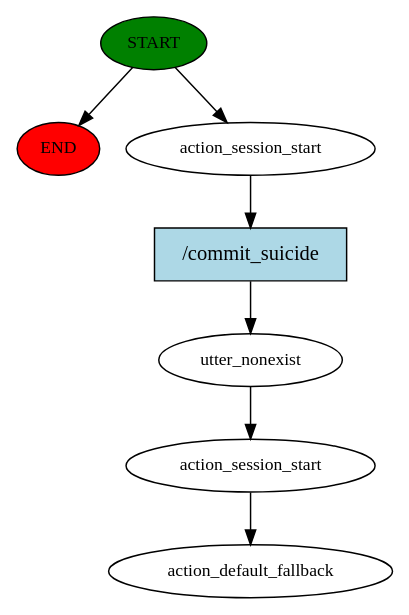
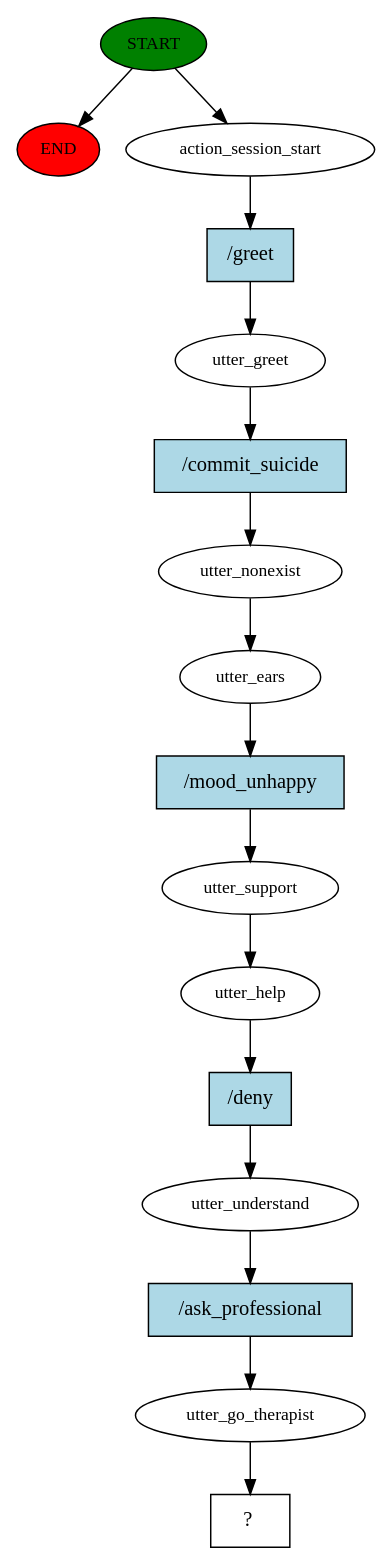
One commit to ashirvad-a-poojary/project-solus changed the diagram in chatbot-frame/story_graph.dot. Above: the diagram before and after it, drawn with Graphviz. The commit also changed 48 other files, not shown here.

```diff
--- a/chatbot-frame/story_graph.dot
+++ b/chatbot-frame/story_graph.dot
@@ -1,15 +1,33 @@
 digraph  {
 0 [class="start active", fillcolor=green, fontsize=12, label=START, style=filled];
 "-1" [class=end, fillcolor=red, fontsize=12, label=END, style=filled];
 1 [class=active, fontsize=12, label=action_session_start];
-2 [class=active, fontsize=12, label=utter_nonexist];
-3 [class=active, fontsize=12, label=action_session_start];
-4 [class="dashed active", fontsize=12, label=action_default_fallback];
-5 [class="intent active", fillcolor=lightblue, label="/commit_suicide", shape=rect, style=filled];
+2 [class=active, fontsize=12, label=utter_greet];
+3 [class=active, fontsize=12, label=utter_nonexist];
+4 [class=active, fontsize=12, label=utter_ears];
+5 [class=active, fontsize=12, label=utter_support];
+6 [class=active, fontsize=12, label=utter_help];
+7 [class=active, fontsize=12, label=utter_understand];
+8 [class=active, fontsize=12, label=utter_go_therapist];
+9 [class="intent dashed active", label="  ?  ", shape=rect];
+10 [class="intent active", fillcolor=lightblue, label="/greet", shape=rect, style=filled];
+11 [class="intent active", fillcolor=lightblue, label="/commit_suicide", shape=rect, style=filled];
+12 [class="intent active", fillcolor=lightblue, label="/mood_unhappy", shape=rect, style=filled];
+13 [class="intent active", fillcolor=lightblue, label="/deny", shape=rect, style=filled];
+14 [class="intent active", fillcolor=lightblue, label="/ask_professional", shape=rect, style=filled];
 0 -> "-1"  [class="", key=NONE, label=""];
 0 -> 1  [class=active, key=NONE, label=""];
-1 -> 5  [class=active, key=0];
-2 -> 3  [class=active, key=NONE, label=""];
+1 -> 10  [class=active, key=0];
+2 -> 11  [class=active, key=0];
 3 -> 4  [class=active, key=NONE, label=""];
-5 -> 2  [class=active, key=0];
+4 -> 12  [class=active, key=0];
+5 -> 6  [class=active, key=NONE, label=""];
+6 -> 13  [class=active, key=0];
+7 -> 14  [class=active, key=0];
+8 -> 9  [class=active, key=NONE, label=""];
+10 -> 2  [class=active, key=0];
+11 -> 3  [class=active, key=0];
+12 -> 5  [class=active, key=0];
+13 -> 7  [class=active, key=0];
+14 -> 8  [class=active, key=0];
 }
```
